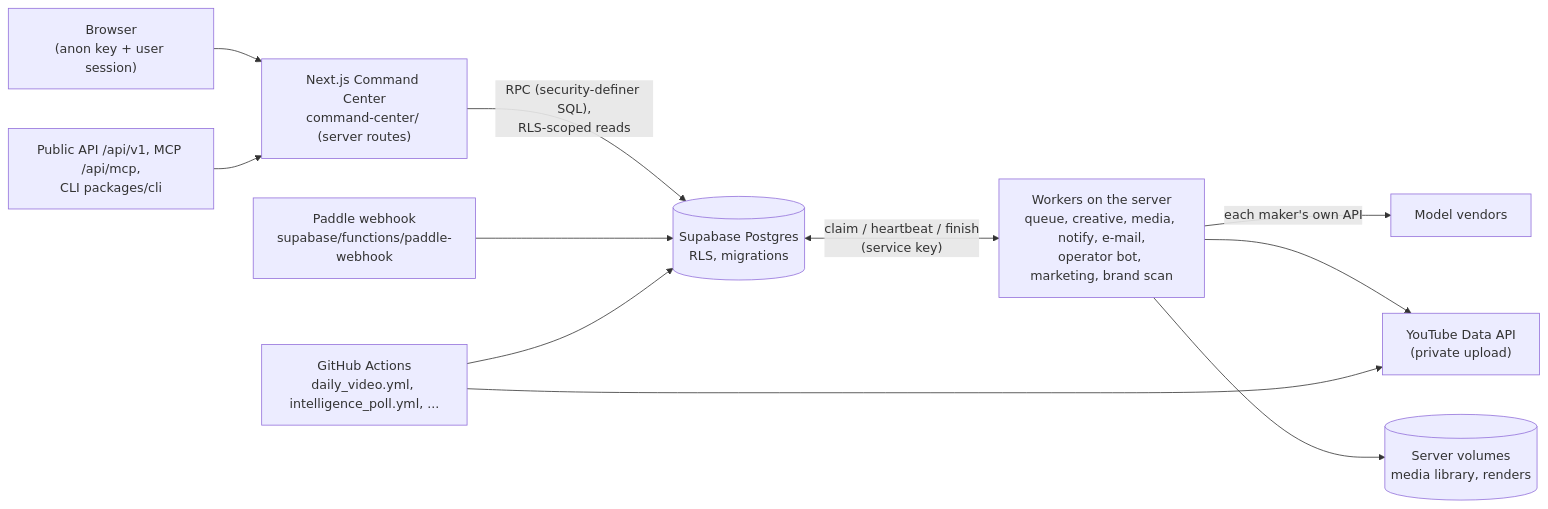
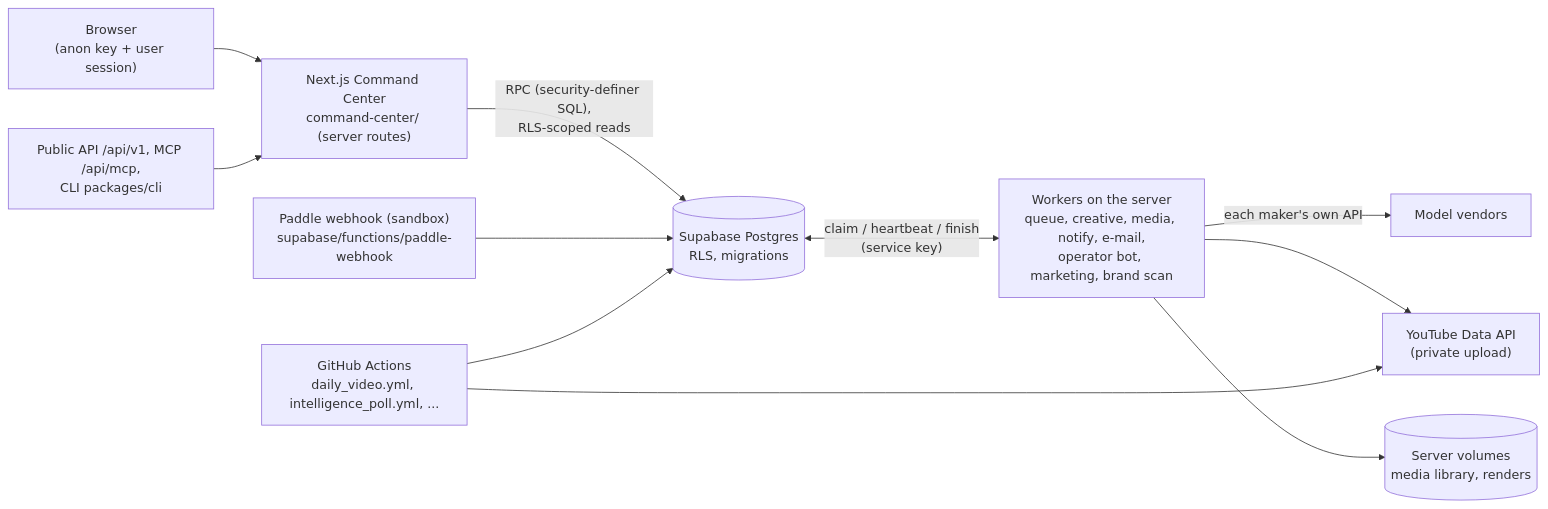
One commit to ruslanjurakulov/nightshift-ai-studio changed the diagram in docs/ARCHITECTURE.md. Above: the diagram before and after it, drawn with Mermaid. The commit also changed other lines of this file and 2 other files, not shown here.

First line of the commit message:
Apply review wording fixes to README and ARCHITECTURE

````diff
--- a/docs/ARCHITECTURE.md
+++ b/docs/ARCHITECTURE.md
@@ -23,13 +25,13 @@
 ```mermaid
 flowchart LR
     B["Browser<br/>(anon key + user session)"] --> W["Next.js Command Center<br/>command-center/ (server routes)"]
     API["Public API /api/v1, MCP /api/mcp,<br/>CLI packages/cli"] --> W
     W -->|"RPC (security-definer SQL),<br/>RLS-scoped reads"| DB[("Supabase Postgres<br/>RLS, migrations")]
-    PW["Paddle webhook<br/>supabase/functions/paddle-webhook"] --> DB
+    PW["Paddle webhook (sandbox)<br/>supabase/functions/paddle-webhook"] --> DB
     DB <-->|"claim / heartbeat / finish<br/>(service key)"| WK["Workers on the server<br/>queue, creative, media, notify, e-mail,<br/>operator bot, marketing, brand scan"]
     WK -->|"each maker's own API"| V["Model vendors"]
     WK --> YT["YouTube Data API<br/>(private upload)"]
     GA["GitHub Actions<br/>daily_video.yml, intelligence_poll.yml, ..."] --> DB
     GA --> YT
     WK --> FS[("Server volumes<br/>media library, renders")]
 ```
````
